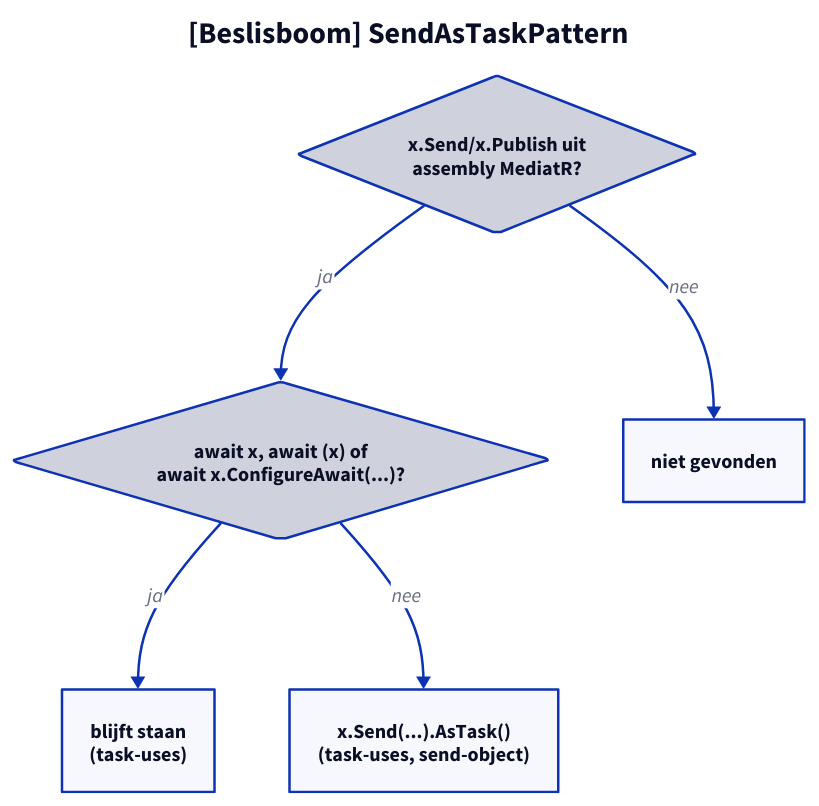
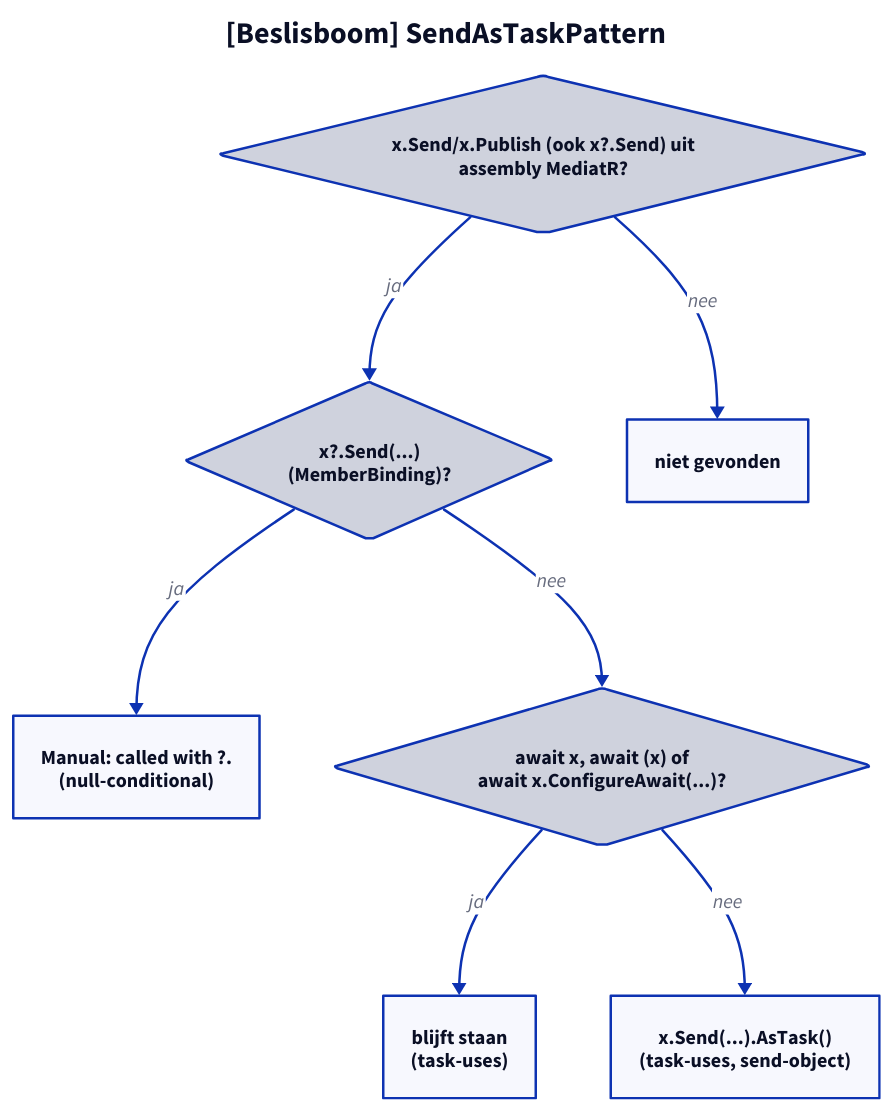
One commit to ATkingma/unshackle changed the diagram in docs/projectinfo/patterns/img/mediatr-send-as-task-modellen-3.d2. Above: the diagram before and after it, drawn with D2. The commit also changed 462 other files, not shown here.

```diff
--- a/docs/projectinfo/patterns/img/mediatr-send-as-task-modellen-3.d2
+++ b/docs/projectinfo/patterns/img/mediatr-send-as-task-modellen-3.d2
@@ -1,11 +1,15 @@
 title: "[Beslisboom] SendAsTaskPattern" {shape: text; near: top-center; style: {font-size: 24; bold: true}}
 direction: down
-q1: "x.Send/x.Publish uit\nassembly MediatR?" {shape: diamond}
+q1: "x.Send/x.Publish (ook x?.Send) uit\nassembly MediatR?" {shape: diamond}
+q0: "x?.Send(...)\n(MemberBinding)?" {shape: diamond}
+m: "Manual: called with ?.\n(null-conditional)"
 q2: "await x, await (x) of\nawait x.ConfigureAwait(...)?" {shape: diamond}
 n: "niet gevonden"
 k: "blijft staan\n(task-uses)"
 f: "x.Send(...).AsTask()\n(task-uses, send-object)"
 q1 -> n: nee
-q1 -> q2: ja
+q1 -> q0: ja
+q0 -> m: ja
+q0 -> q2: nee
 q2 -> k: ja
 q2 -> f: nee
```
